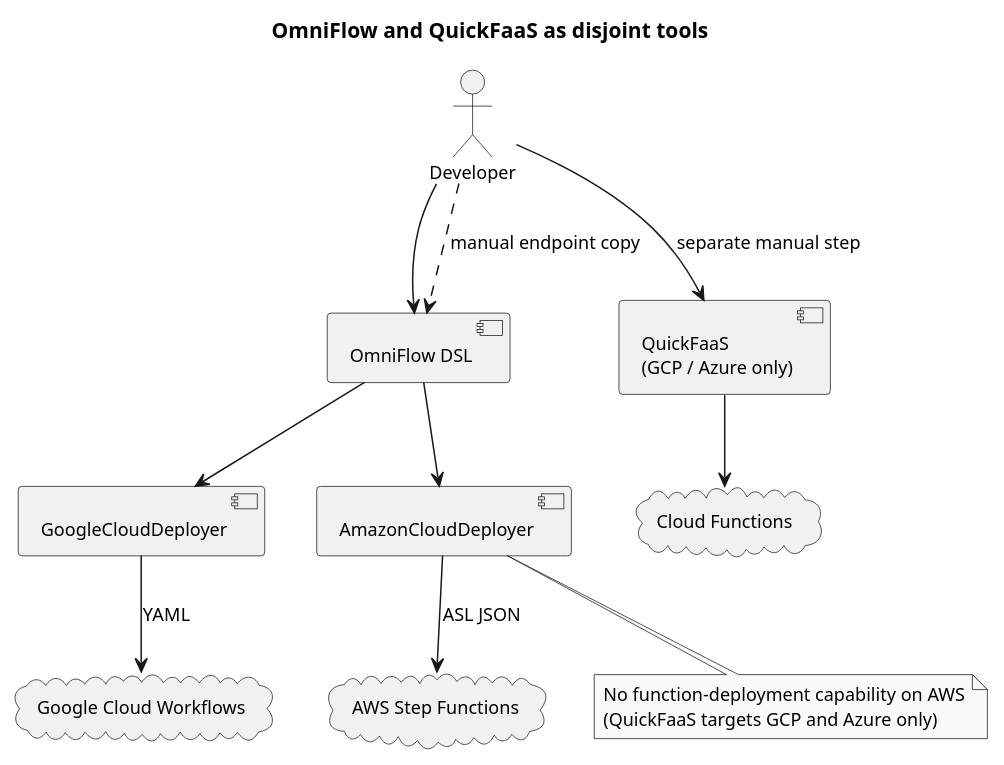
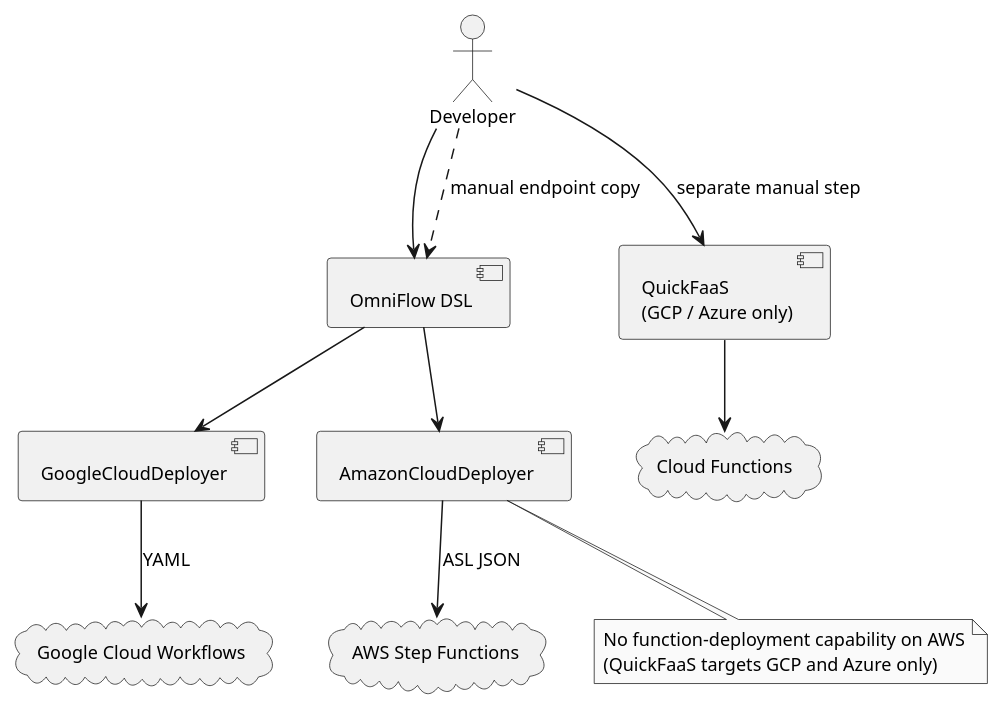
The diagram in diagrams/architecture-before.puml (EngenheiroPedroCarvalho/ISEL-Thesis-2526), drawn with PlantUML before and after one commit. The commit also changed 52 other files, not shown here.

First line of the commit message:
Drop diagram titles and use "deployment" in the Resumo

```diff
--- a/diagrams/architecture-before.puml
+++ b/diagrams/architecture-before.puml
@@ -1,29 +1,27 @@
 @startuml architecture-before
 skinparam monochrome true
 skinparam shadowing false
 skinparam defaultFontSize 12
-title OmniFlow and QuickFaaS as disjoint tools
-
 actor Developer as D1
 component "OmniFlow DSL" as DSL1
 component "GoogleCloudDeployer" as GCD1
 component "AmazonCloudDeployer" as ACD1
 component "QuickFaaS\n(GCP / Azure only)" as QF1
 cloud "Google Cloud Workflows" as GCW1
 cloud "AWS Step Functions" as SF1
 cloud "Cloud Functions" as FN1
 
 D1 --> DSL1
 D1 --> QF1 : separate manual step
 D1 ..> DSL1 : manual endpoint copy
 DSL1 --> GCD1
 DSL1 --> ACD1
 GCD1 --> GCW1 : YAML
 ACD1 --> SF1 : ASL JSON
 QF1 --> FN1
 
 note bottom of ACD1
   No function-deployment capability on AWS
   (QuickFaaS targets GCP and Azure only)
 end note
 @enduml
```
